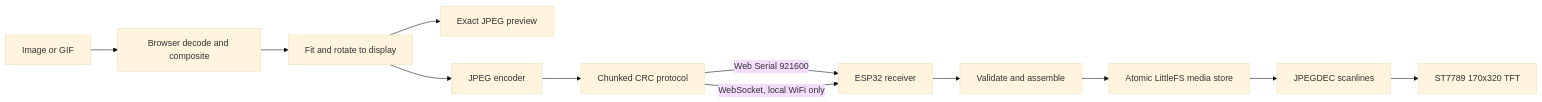
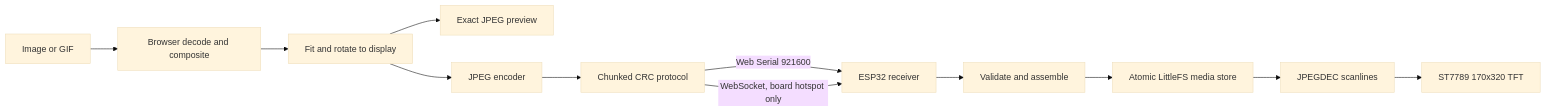
Before and after one commit to krooldonutz/cyberclip: the diagram in ARCHITECTURE.md, drawn with Mermaid (base theme). The commit also changed other lines of this file and 27 other files, not shown here.

````diff
--- a/ARCHITECTURE.md
+++ b/ARCHITECTURE.md
@@ -12,14 +12,14 @@
 ```mermaid
 flowchart LR
     File[Image or GIF] --> Decode[Browser decode and composite]
     Decode --> Fit[Fit and rotate to display]
     Fit --> Preview[Exact JPEG preview]
     Fit --> JPEG[JPEG encoder]
     JPEG --> Protocol[Chunked CRC protocol]
     Protocol -->|Web Serial 921600| ESP[ESP32 receiver]
-    Protocol -->|WebSocket, local WiFi only| ESP
+    Protocol -->|WebSocket, board hotspot only| ESP
     ESP --> Validate[Validate and assemble]
     Validate --> Store[Atomic LittleFS media store]
     Store --> JDEC[JPEGDEC scanlines]
     JDEC --> TFT[ST7789 170x320 TFT]
 ```
````
